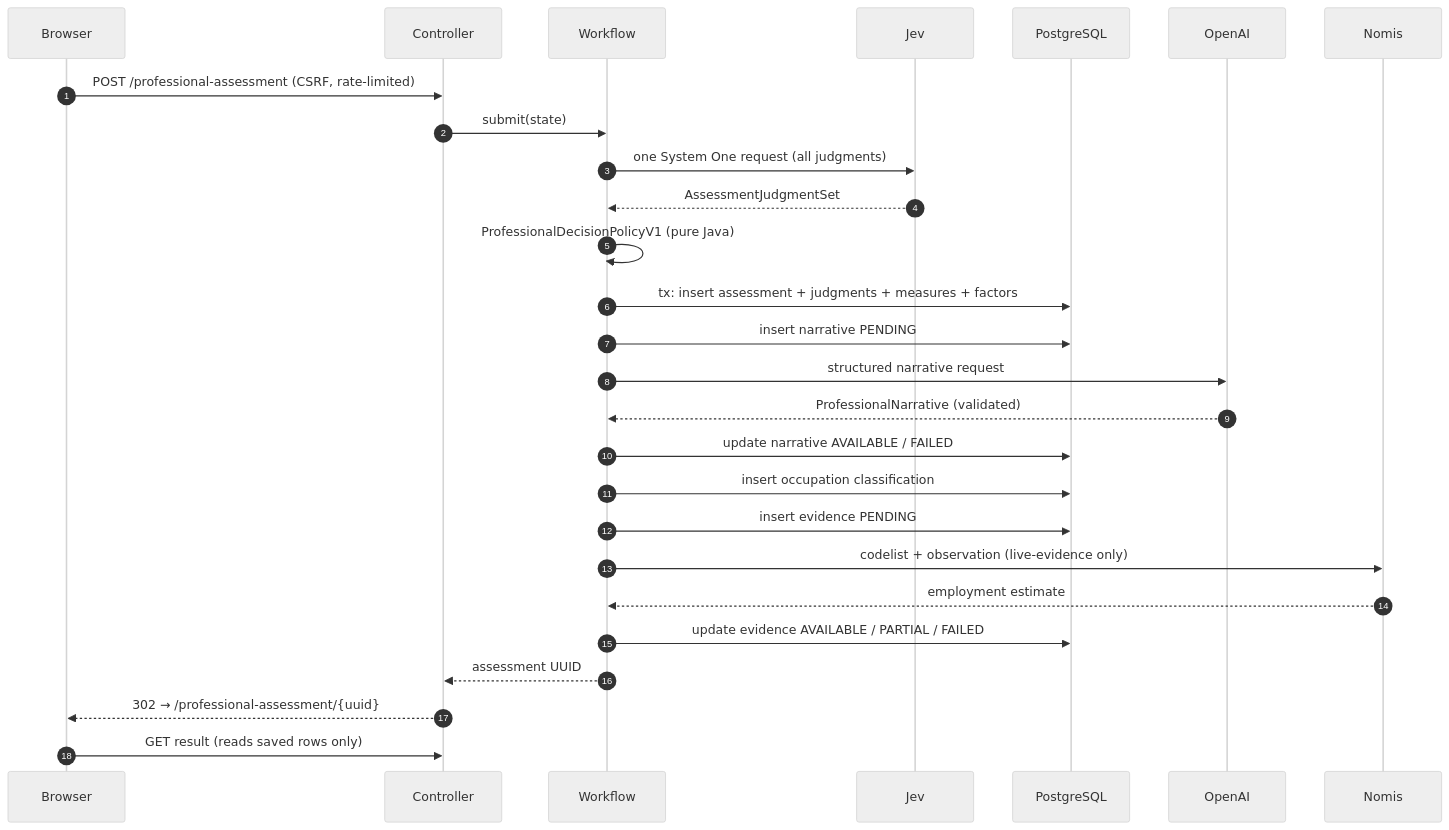
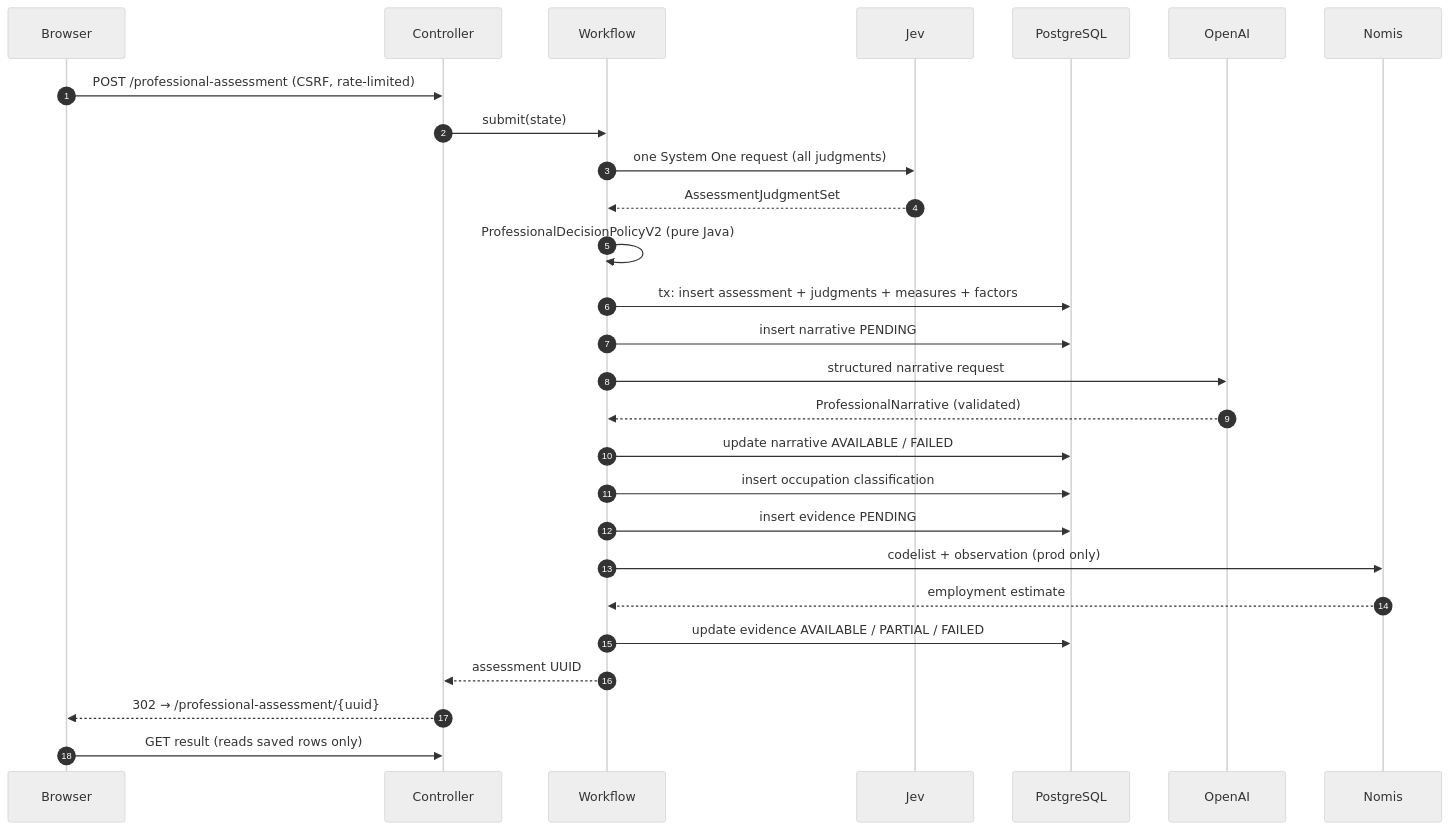
Before and after one commit to EzehMilton/ai-career-impact: the third of 3 diagrams in docs/systemdesign.md, drawn with Mermaid (neutral theme). The commit also changed other lines of this file and 9 other files, not shown here.

````diff
--- a/docs/systemdesign.md
+++ b/docs/systemdesign.md
@@ -353,30 +372,30 @@
 ```mermaid
 sequenceDiagram
     autonumber
     participant B as Browser
     participant C as Controller
     participant W as Workflow
     participant J as Jev
     participant DB as PostgreSQL
     participant O as OpenAI
     participant N as Nomis
 
     B->>C: POST /professional-assessment (CSRF, rate-limited)
     C->>W: submit(state)
     W->>J: one System One request (all judgments)
     J-->>W: AssessmentJudgmentSet
-    W->>W: ProfessionalDecisionPolicyV1 (pure Java)
+    W->>W: ProfessionalDecisionPolicyV2 (pure Java)
     W->>DB: tx: insert assessment + judgments + measures + factors
     W->>DB: insert narrative PENDING
     W->>O: structured narrative request
     O-->>W: ProfessionalNarrative (validated)
     W->>DB: update narrative AVAILABLE / FAILED
     W->>DB: insert occupation classification
     W->>DB: insert evidence PENDING
-    W->>N: codelist + observation (live-evidence only)
+    W->>N: codelist + observation (prod only)
     N-->>W: employment estimate
     W->>DB: update evidence AVAILABLE / PARTIAL / FAILED
     W-->>C: assessment UUID
     C-->>B: 302 → /professional-assessment/{uuid}
     B->>C: GET result (reads saved rows only)
 ```
````
